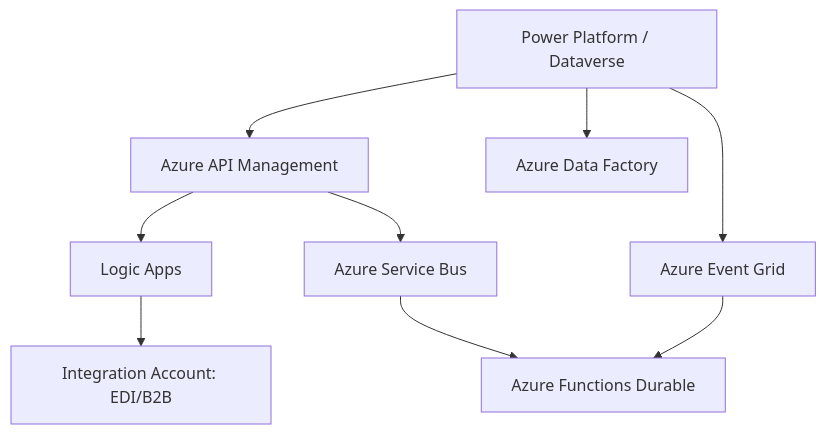
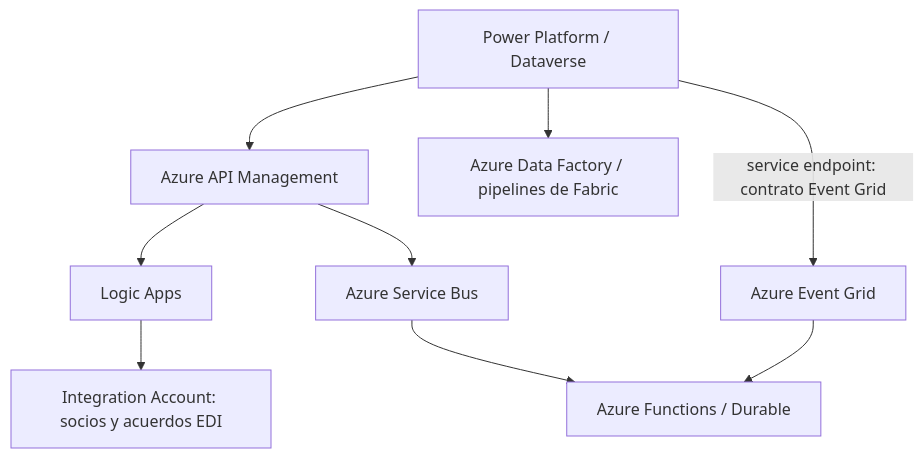
One commit to EdwingAlarcon/PlanEstudio changed the first of 2 diagrams in app-elearning/content/modules/arquitecto/34-azure-integration-services-avanzado.md. Above: the diagram before and after it, drawn with Mermaid. The commit also changed other lines of this file and 59 other files, not shown here.

````diff
--- a/app-elearning/content/modules/arquitecto/34-azure-integration-services-avanzado.md
+++ b/app-elearning/content/modules/arquitecto/34-azure-integration-services-avanzado.md
@@ -66,11 +81,11 @@
 ```mermaid
 graph TD
   P["Power Platform / Dataverse"] --> APIM["Azure API Management"]
   APIM --> LA["Logic Apps"]
   APIM --> SB["Azure Service Bus"]
-  SB --> AF["Azure Functions Durable"]
-  P --> EG["Azure Event Grid"]
+  SB --> AF["Azure Functions / Durable"]
+  P -->|"service endpoint: contrato Event Grid"| EG["Azure Event Grid"]
   EG --> AF
-  LA --> IA["Integration Account: EDI/B2B"]
-  P --> ADF["Azure Data Factory"]
+  LA --> IA["Integration Account: socios y acuerdos EDI"]
+  P --> ADF["Azure Data Factory / pipelines de Fabric"]
 ```
````
